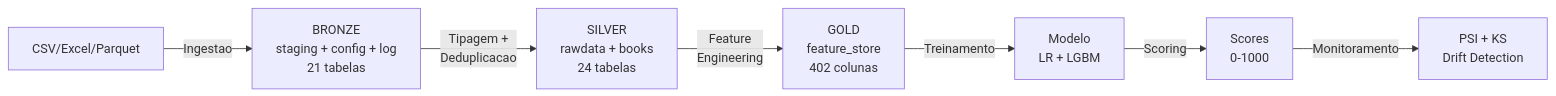
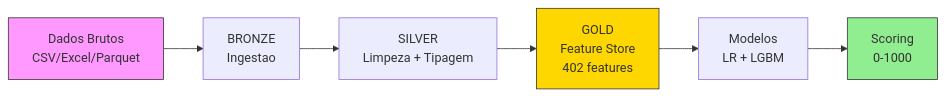
One commit to wanderson-blima/pod-academy-credit-risk changed the diagram in README.md. Above: the diagram before and after it, drawn with Mermaid. The commit also changed other lines of this file and 2 other files, not shown here.

First line of the commit message:
docs: rewrite root README for dual-architecture hackathon delivery

````diff
--- a/README.md
+++ b/README.md
@@ -60,9 +40,12 @@
 ```mermaid
 graph LR
-    A[CSV/Excel/Parquet] -->|Ingestao| B[BRONZE<br/>staging + config + log<br/>21 tabelas]
-    B -->|Tipagem +<br/>Deduplicacao| C[SILVER<br/>rawdata + books<br/>24 tabelas]
-    C -->|Feature<br/>Engineering| D[GOLD<br/>feature_store<br/>402 colunas]
-    D -->|Treinamento| E[Modelo<br/>LR + LGBM]
-    E -->|Scoring| F[Scores<br/>0-1000]
-    F -->|Monitoramento| G[PSI + KS<br/>Drift Detection]
+    A[Dados Brutos<br/>CSV/Excel/Parquet] --> B[BRONZE<br/>Ingestao]
+    B --> C[SILVER<br/>Limpeza + Tipagem]
+    C --> D[GOLD<br/>Feature Store<br/>402 features]
+    D --> E[Modelos<br/>LR + LGBM]
+    E --> F[Scoring<br/>0-1000]
+
+    style A fill:#f9f,stroke:#333
+    style D fill:#ffd700,stroke:#333
+    style F fill:#90ee90,stroke:#333
 ```
````
